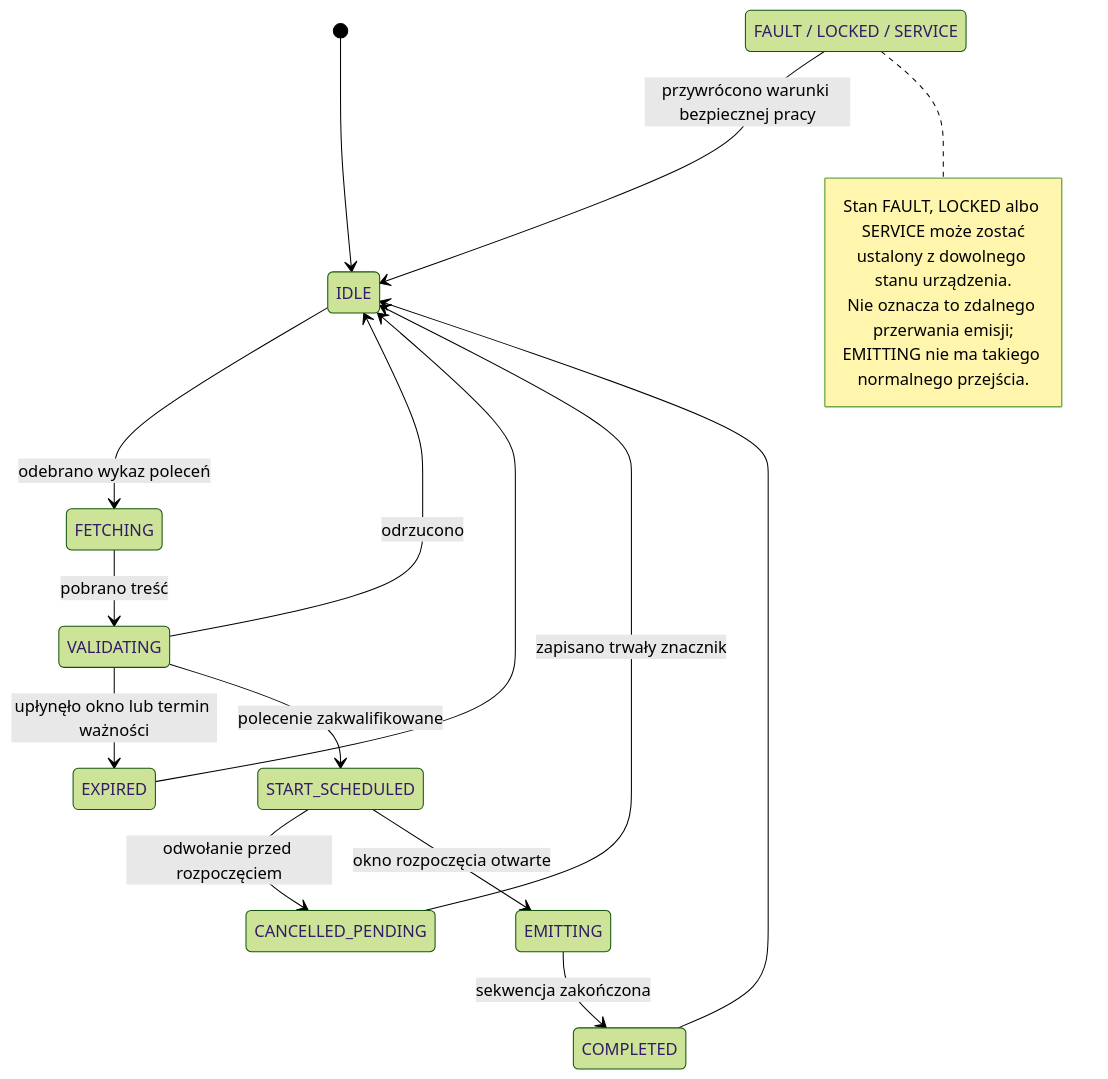
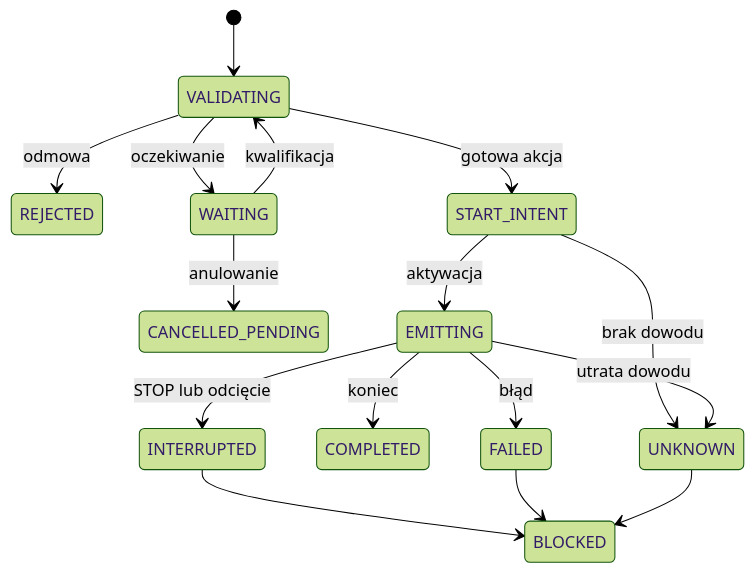
One commit to KGPSP/WYTYCZNE_SOIA changed the diagram in zalaczniki/Z5-PROFILE-STEROWNIKA.md. Above: the diagram before and after it, drawn with Mermaid (forest theme). The commit also changed other lines of this file and 18 other files, not shown here.

````diff
--- a/zalaczniki/Z5-PROFILE-STEROWNIKA.md
+++ b/zalaczniki/Z5-PROFILE-STEROWNIKA.md
@@ -194,25 +78,18 @@
 ```mermaid
 stateDiagram-v2
-    [*] --> IDLE
-    IDLE --> FETCHING: odebrano wykaz poleceń
-    FETCHING --> VALIDATING: pobrano treść
-    VALIDATING --> IDLE: odrzucono
-    VALIDATING --> EXPIRED: upłynęło okno lub termin ważności
-    VALIDATING --> START_SCHEDULED: polecenie zakwalifikowane
-    START_SCHEDULED --> CANCELLED_PENDING: odwołanie przed rozpoczęciem
-    CANCELLED_PENDING --> IDLE: zapisano trwały znacznik
-    START_SCHEDULED --> EMITTING: okno rozpoczęcia otwarte
-    EMITTING --> COMPLETED: sekwencja zakończona
-    COMPLETED --> IDLE
-    EXPIRED --> IDLE
-
-    state "FAULT / LOCKED / SERVICE" as BLOCKED
-    BLOCKED --> IDLE: przywrócono warunki bezpiecznej pracy
-
-    note right of BLOCKED
-        Stan FAULT, LOCKED albo SERVICE może zostać
-        ustalony z dowolnego stanu urządzenia.
-        Nie oznacza to zdalnego przerwania emisji;
-        EMITTING nie ma takiego normalnego przejścia.
-    end note
+    [*] --> VALIDATING
+    VALIDATING --> REJECTED: odmowa
+    VALIDATING --> WAITING: oczekiwanie
+    WAITING --> VALIDATING: kwalifikacja
+    WAITING --> CANCELLED_PENDING: anulowanie
+    VALIDATING --> START_INTENT: gotowa akcja
+    START_INTENT --> EMITTING: aktywacja
+    START_INTENT --> UNKNOWN: brak dowodu
+    EMITTING --> COMPLETED: koniec
+    EMITTING --> INTERRUPTED: STOP lub odcięcie
+    EMITTING --> FAILED: błąd
+    EMITTING --> UNKNOWN: utrata dowodu
+    INTERRUPTED --> BLOCKED
+    FAILED --> BLOCKED
+    UNKNOWN --> BLOCKED
 ```
````
